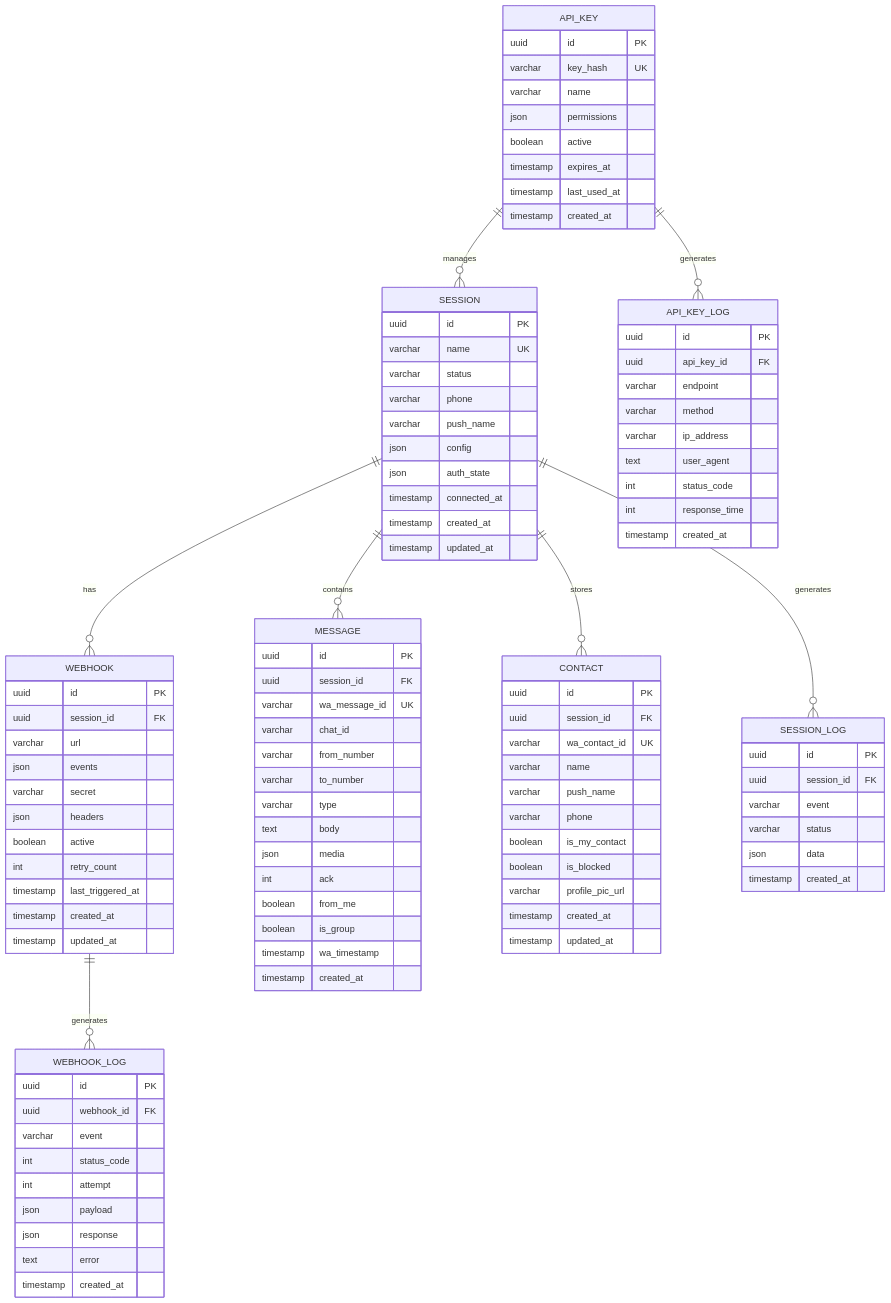
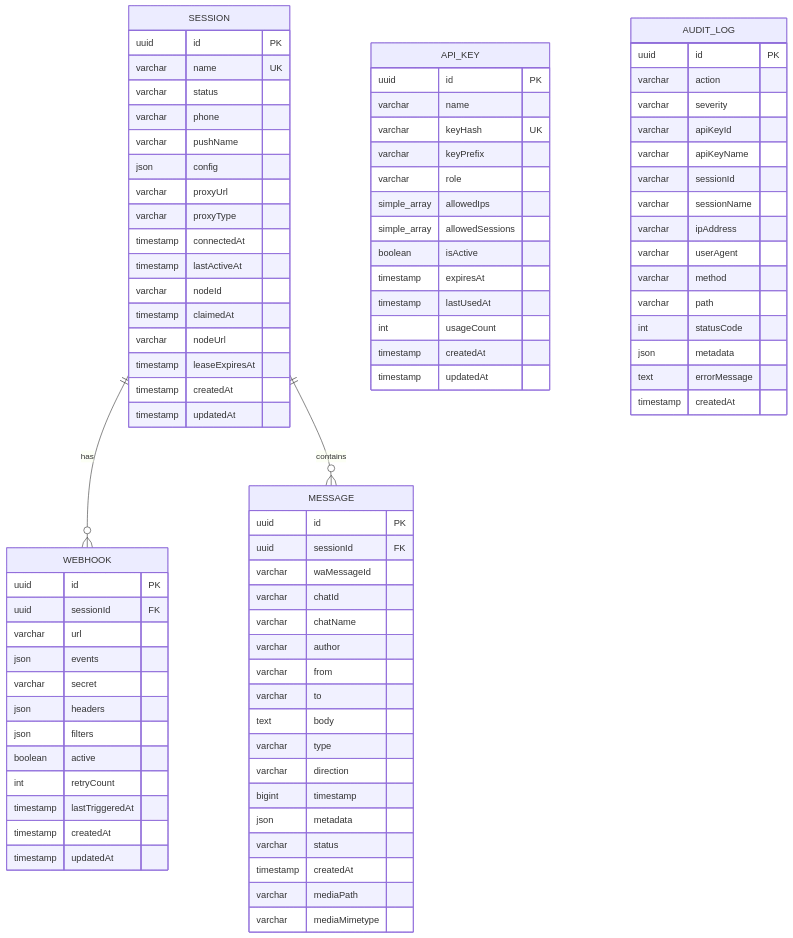
The first of 5 diagrams in ventiq_admin_app/docs_wapi/05-database-design.md (Carnaval-Team/VentIQ-seller-App), drawn with Mermaid before and after one commit. The commit also changed other lines of this file and 39 other files, not shown here.

````diff
--- a/ventiq_admin_app/docs_wapi/05-database-design.md
+++ b/ventiq_admin_app/docs_wapi/05-database-design.md
@@ -132,111 +176,92 @@
 erDiagram
     SESSION ||--o{ WEBHOOK : has
     SESSION ||--o{ MESSAGE : contains
-    SESSION ||--o{ CONTACT : stores
-    SESSION ||--o{ SESSION_LOG : generates
-    API_KEY ||--o{ SESSION : manages
-    API_KEY ||--o{ API_KEY_LOG : generates
-    WEBHOOK ||--o{ WEBHOOK_LOG : generates
 
     SESSION {
         uuid id PK
         varchar name UK
         varchar status
         varchar phone
-        varchar push_name
+        varchar pushName
         json config
-        json auth_state
-        timestamp connected_at
-        timestamp created_at
-        timestamp updated_at
+        varchar proxyUrl
+        varchar proxyType
+        timestamp connectedAt
+        timestamp lastActiveAt
+        varchar nodeId
+        timestamp claimedAt
+        varchar nodeUrl
+        timestamp leaseExpiresAt
+        timestamp createdAt
+        timestamp updatedAt
     }
 
     WEBHOOK {
         uuid id PK
-        uuid session_id FK
+        uuid sessionId FK
         varchar url
         json events
         varchar secret
         json headers
+        json filters
         boolean active
-        int retry_count
-        timestamp last_triggered_at
-        timestamp created_at
-        timestamp updated_at
+        int retryCount
+        timestamp lastTriggeredAt
+        timestamp createdAt
+        timestamp updatedAt
     }
 
     MESSAGE {
         uuid id PK
-        uuid session_id FK
-        varchar wa_message_id UK
-        varchar chat_id
-        varchar from_number
-        varchar to_number
+        uuid sessionId FK
+        varchar waMessageId
+        varchar chatId
+        varchar chatName
+        varchar author
+        varchar from
+        varchar to
+        text body
         varchar type
-        text body
-        json media
-        int ack
-        boolean from_me
-        boolean is_group
-        timestamp wa_timestamp
-        timestamp created_at
-    }
-
-    CONTACT {
-        uuid id PK
-        uuid session_id FK
-        varchar wa_contact_id UK
-        varchar name
-        varchar push_name
-        varchar phone
-        boolean is_my_contact
-        boolean is_blocked
-        varchar profile_pic_url
-        timestamp created_at
-        timestamp updated_at
+        varchar direction
+        bigint timestamp
+        json metadata
+        varchar status
+        timestamp createdAt
+        varchar mediaPath
+        varchar mediaMimetype
     }
 
     API_KEY {
         uuid id PK
-        varchar key_hash UK
         varchar name
-        json permissions
-        boolean active
-        timestamp expires_at
-        timestamp last_used_at
-        timestamp created_at
+        varchar keyHash UK
+        varchar keyPrefix
+        varchar role
+        simple_array allowedIps
+        simple_array allowedSessions
+        boolean isActive
+        timestamp expiresAt
+        timestamp lastUsedAt
+        int usageCount
+        timestamp createdAt
+        timestamp updatedAt
     }
 
-    SESSION_LOG {
+    AUDIT_LOG {
         uuid id PK
-        uuid session_id FK
-        varchar event
-        varchar status
-        json data
-        timestamp created_at
-    }
-
-    WEBHOOK_LOG {
-        uuid id PK
-        uuid webhook_id FK
-        varchar event
-        int status_code
-        int attempt
-        json payload
-        json response
-        text error
-        timestamp created_at
-    }
-
-    API_KEY_LOG {
-        uuid id PK
-        uuid api_key_id FK
-        varchar endpoint
+        varchar action
+        varchar severity
+        varchar apiKeyId
+        varchar apiKeyName
+        varchar sessionId
+        varchar sessionName
+        varchar ipAddress
+        varchar userAgent
         varchar method
-        varchar ip_address
-        text user_agent
-        int status_code
-        int response_time
-        timestamp created_at
+        varchar path
+        int statusCode
+        json metadata
+        text errorMessage
+        timestamp createdAt
     }
 ```
````
